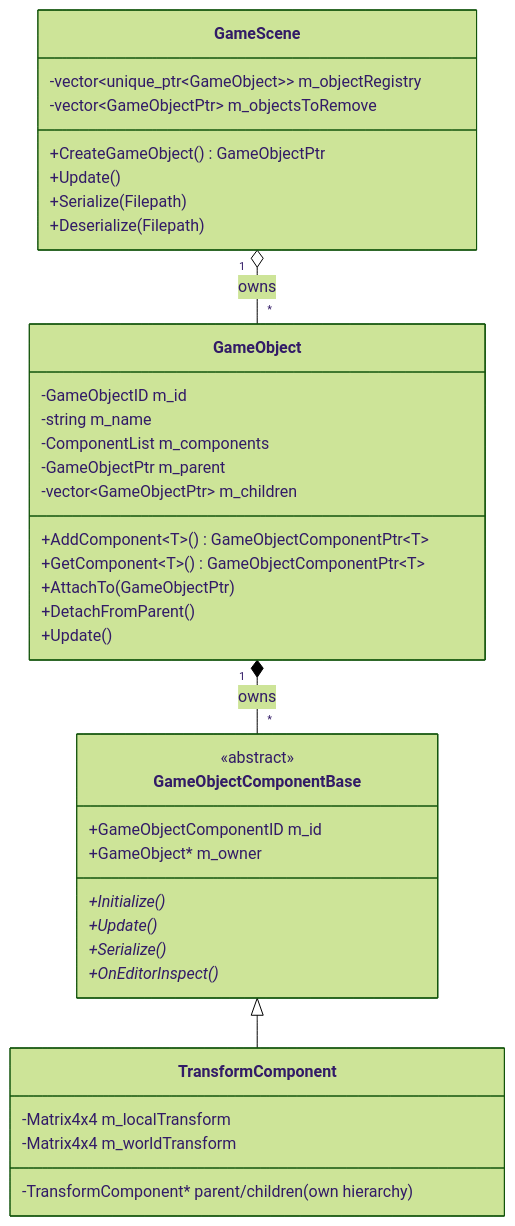
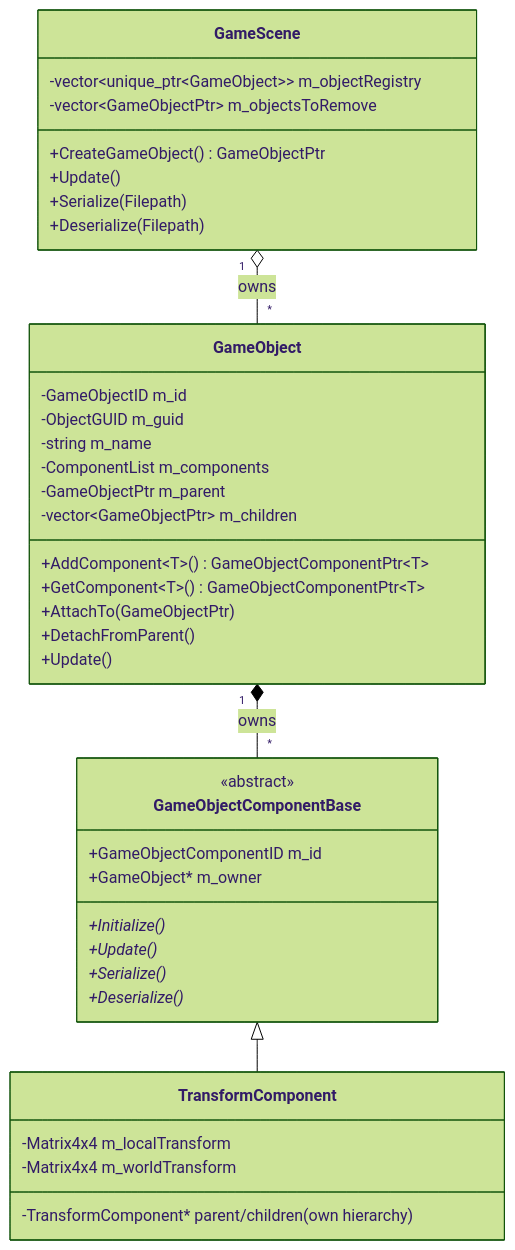
Before and after one commit to b1nary0/RZE: the first of 2 diagrams in Docs/Generated/Engine/03-SceneAndGameObjects/Scene-And-GameObject-Model.md, drawn with Mermaid (forest theme). The commit also changed other lines of this file and 18 other files, not shown here.

````diff
--- a/Docs/Generated/Engine/03-SceneAndGameObjects/Scene-And-GameObject-Model.md
+++ b/Docs/Generated/Engine/03-SceneAndGameObjects/Scene-And-GameObject-Model.md
@@ -45,41 +51,42 @@
 ```mermaid
 classDiagram
     class GameScene {
         -vector~unique_ptr~GameObject~~ m_objectRegistry
         -vector~GameObjectPtr~ m_objectsToRemove
         +CreateGameObject() GameObjectPtr
         +Update()
         +Serialize(Filepath)
         +Deserialize(Filepath)
     }
     class GameObject {
         -GameObjectID m_id
+        -ObjectGUID m_guid
         -string m_name
         -ComponentList m_components
         -GameObjectPtr m_parent
         -vector~GameObjectPtr~ m_children
         +AddComponent~T~() GameObjectComponentPtr~T~
         +GetComponent~T~() GameObjectComponentPtr~T~
         +AttachTo(GameObjectPtr)
         +DetachFromParent()
         +Update()
     }
     class GameObjectComponentBase {
         <<abstract>>
         +GameObjectComponentID m_id
         +GameObject* m_owner
         +Initialize()*
         +Update()*
         +Serialize()*
-        +OnEditorInspect()*
+        +Deserialize()*
     }
     class TransformComponent {
         -Matrix4x4 m_localTransform
         -Matrix4x4 m_worldTransform
         -TransformComponent* parent/children (own hierarchy)
     }
 
     GameScene "1" o-- "*" GameObject : owns
     GameObject "1" *-- "*" GameObjectComponentBase : owns
     GameObjectComponentBase <|-- TransformComponent
 ```
````
